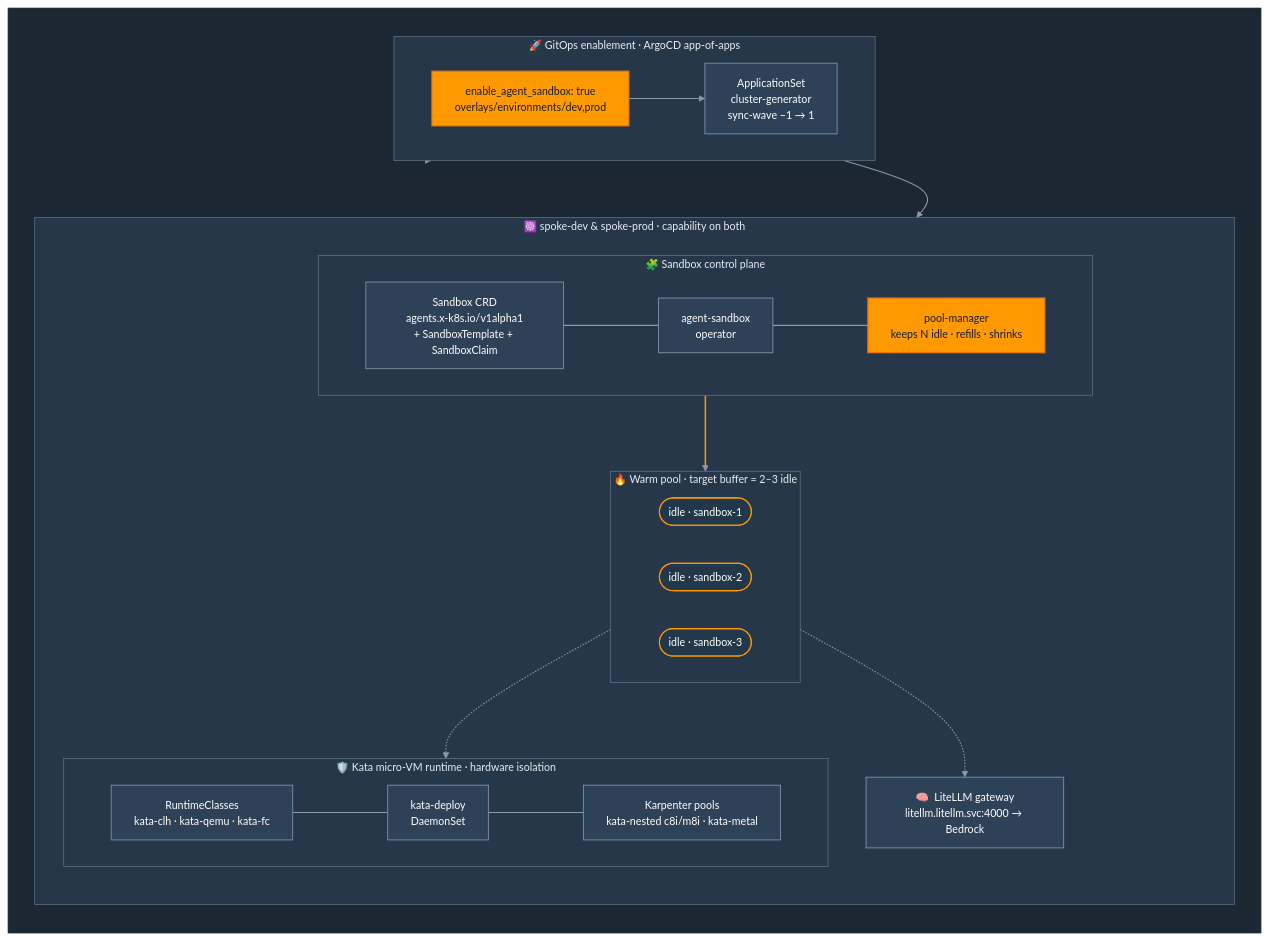
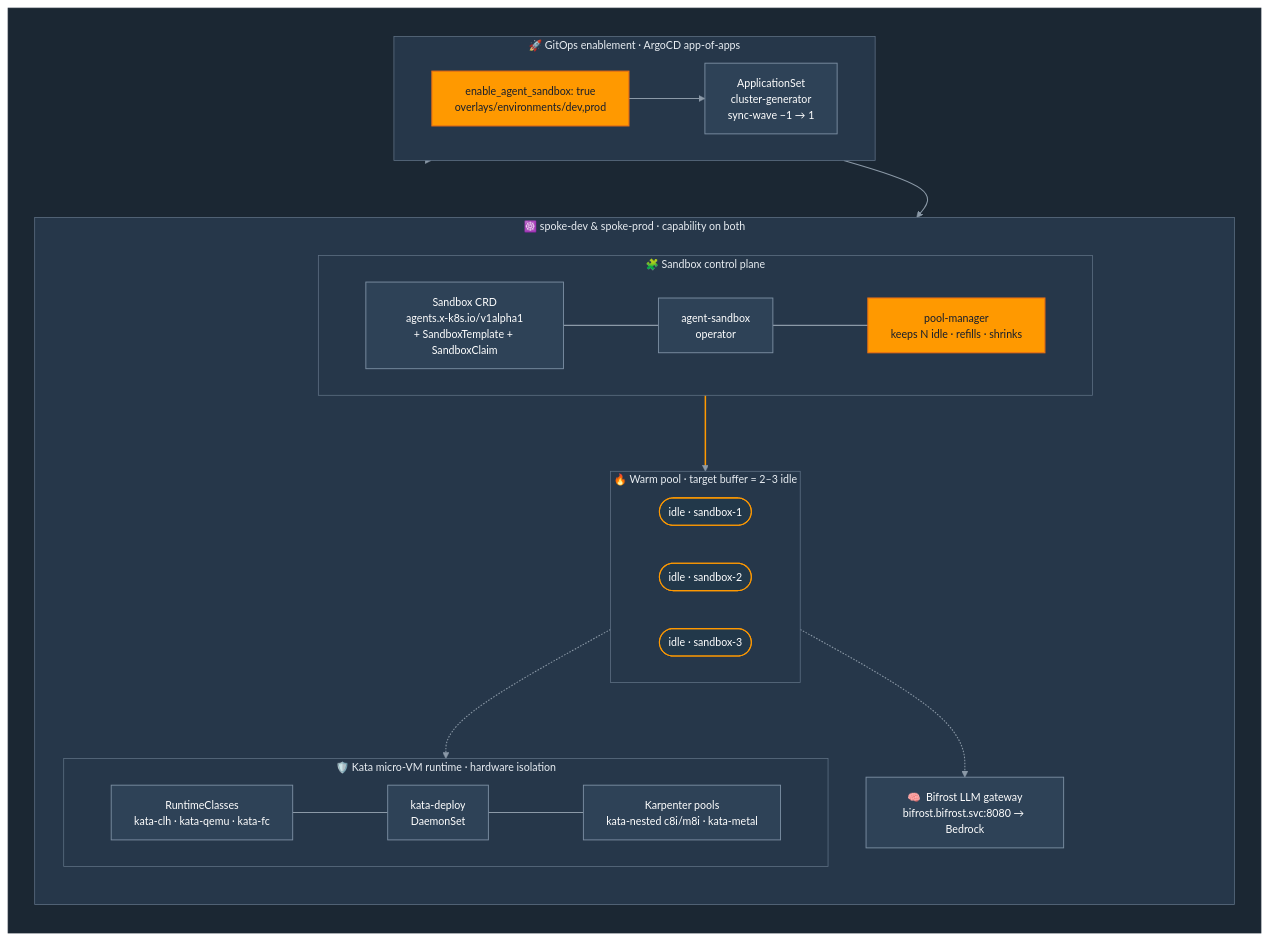
One commit to aws-samples/sample-open-agentic-platform changed the first of 2 diagrams in docs/dark-factory/diagrams/flow-a-sandbox-capability.md. Above: the diagram before and after it, drawn with Mermaid. The commit also changed 1 other file, not shown here.

Commit message:
docs(dark-factory): correct LLM gateway to Bifrost (not LiteLLM)
The agent platform implements Bifrost as the LLM proxy (bifrost.bifrost.svc:8080,
Bedrock via Pod Identity), not LiteLLM. Fixed the Flow A diagram node and all
README references (coder contract env, security/egress model, profile notes,
intro). Clarified that eks-platform-openclaw uses LiteLLM but this platform
uses Bifrost.

````diff
--- a/docs/dark-factory/diagrams/flow-a-sandbox-capability.md
+++ b/docs/dark-factory/diagrams/flow-a-sandbox-capability.md
@@ -13,65 +13,65 @@
 ```mermaid
 %%{init: {'theme':'base','themeVariables':{
   'fontFamily':'Amazon Ember, Helvetica, Arial, sans-serif','fontSize':'14px',
   'primaryColor':'#2E3E50','primaryBorderColor':'#5F7185','primaryTextColor':'#FFFFFF',
   'lineColor':'#8B99A7','clusterBkg':'#26374A','clusterBorder':'#5F7185',
   'tertiaryColor':'#1B2733'}}}%%
 flowchart TB
     classDef canvas  fill:#1B2733,stroke:#1B2733,color:#FFFFFF;
     classDef band    fill:#26374A,stroke:#5F7185,color:#E8EDF2,stroke-width:1px;
     classDef node    fill:#2E4257,stroke:#7C8FA3,color:#FFFFFF,stroke-width:1.2px;
     classDef accent  fill:#FF9900,stroke:#EC7211,color:#161E2D,stroke-width:1.5px;
     classDef warm    fill:#22384A,stroke:#FF9900,color:#FFFFFF,stroke-width:1.4px;
     classDef muted   fill:#243244,stroke:#415266,color:#AEB8C4,stroke-width:1px;
 
     subgraph CANVAS["  "]
     direction TB
 
         subgraph GITOPS["🚀  GitOps enablement · ArgoCD app-of-apps"]
             direction LR
             FLAG["enable_agent_sandbox: true<br/>overlays/environments/dev,prod"]:::accent
             APPSET["ApplicationSet<br/>cluster-generator<br/>sync-wave −1 → 1"]:::node
             FLAG --> APPSET
         end
 
         subgraph CLUSTER["☸️  spoke-dev  &amp;  spoke-prod  ·  capability on both"]
             direction TB
 
             subgraph OPER["🧩  Sandbox control plane"]
                 direction LR
                 CRD["Sandbox CRD<br/>agents.x-k8s.io/v1alpha1<br/>+ SandboxTemplate + SandboxClaim"]:::node
                 OPCTL["agent-sandbox<br/>operator"]:::node
                 POOL["pool-manager<br/>keeps N idle · refills · shrinks"]:::accent
                 CRD --- OPCTL --- POOL
             end
 
             subgraph WARM["🔥  Warm pool · target buffer = 2–3 idle"]
                 direction LR
                 S1(["idle · sandbox-1"]):::warm
                 S2(["idle · sandbox-2"]):::warm
                 S3(["idle · sandbox-3"]):::warm
             end
 
             subgraph KATA["🛡️  Kata micro-VM runtime · hardware isolation"]
                 direction LR
                 RC["RuntimeClasses<br/>kata-clh · kata-qemu · kata-fc"]:::node
                 KD["kata-deploy<br/>DaemonSet"]:::node
                 NP["Karpenter pools<br/>kata-nested c8i/m8i · kata-metal"]:::node
                 RC --- KD --- NP
             end
 
-            MODEL["🧠  LiteLLM gateway<br/>litellm.litellm.svc:4000 → Bedrock"]:::node
+            MODEL["🧠  Bifrost LLM gateway<br/>bifrost.bifrost.svc:8080 → Bedrock"]:::node
         end
     end
 
     APPSET ==> OPER
     APPSET ==> KATA
     POOL   ==> WARM
     WARM   -.-> KATA
     WARM   -.-> MODEL
 
     class CANVAS canvas
     class GITOPS,CLUSTER,OPER,WARM,KATA band
     linkStyle default stroke:#8B99A7,stroke-width:1.4px;
     linkStyle 7 stroke:#FF9900,stroke-width:2px;
 ```
````
